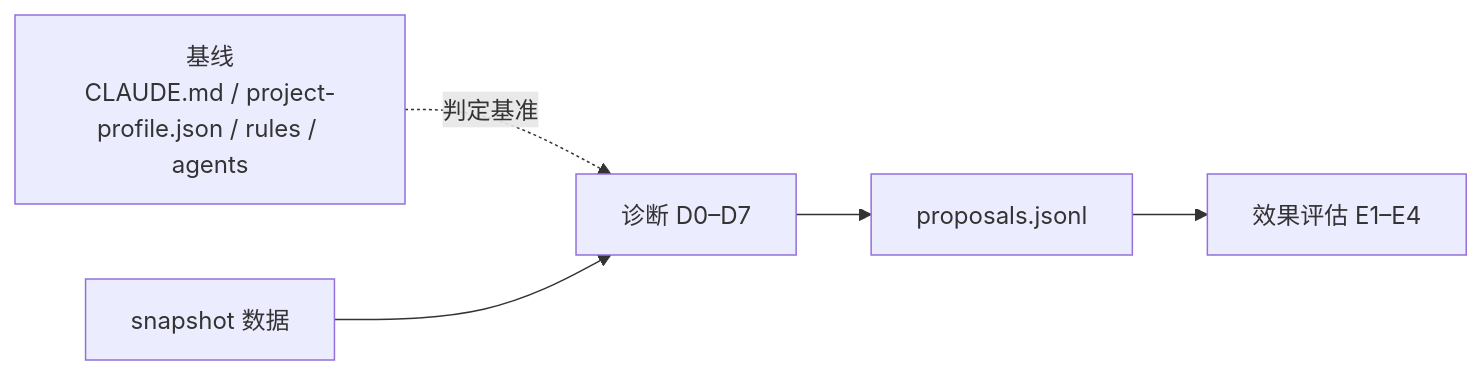
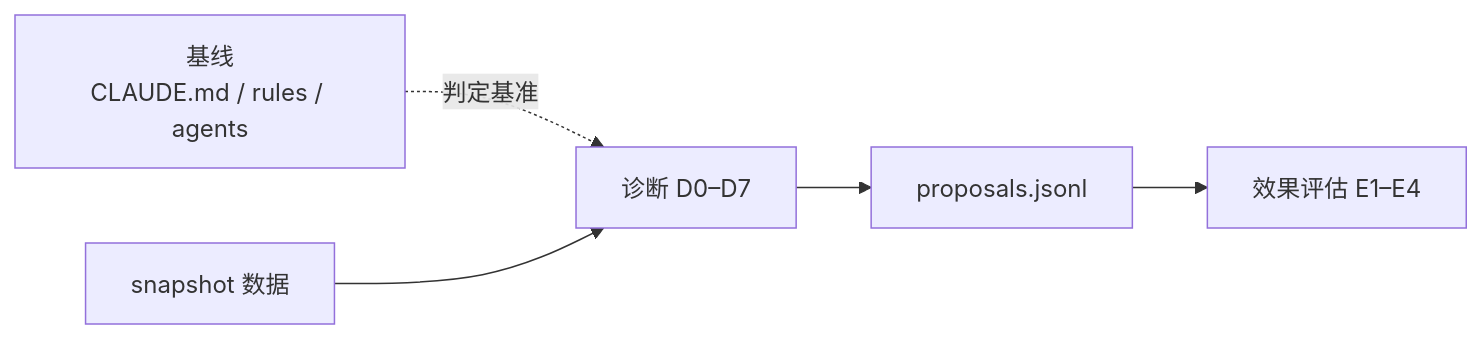
One commit to effiy/YrY changed the diagram in rules/self-improve.md. Above: the diagram before and after it, drawn with Mermaid. The commit also changed other lines of this file and 19 other files, not shown here.

````diff
--- a/rules/self-improve.md
+++ b/rules/self-improve.md
@@ -11,6 +11,6 @@
 ```mermaid
 flowchart LR
-    Base[基线<br/>CLAUDE.md / project-profile.json / rules / agents] -.判定基准.-> Diag
+    Base[基线<br/>CLAUDE.md / rules / agents] -.判定基准.-> Diag
     Snap[snapshot 数据] --> Diag[诊断 D0–D7] --> Prop[proposals.jsonl]
     Prop --> Eval[效果评估 E1–E4]
 ```
````
